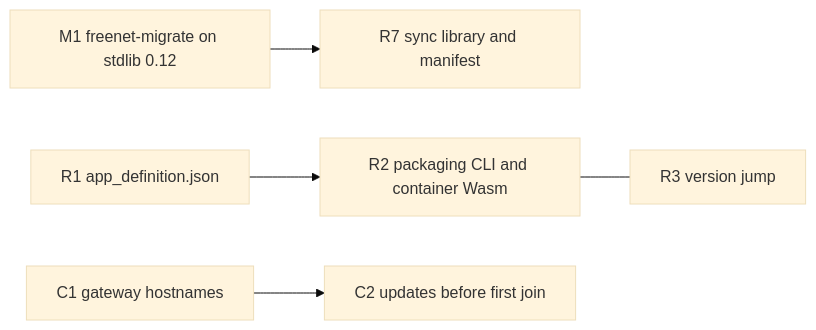
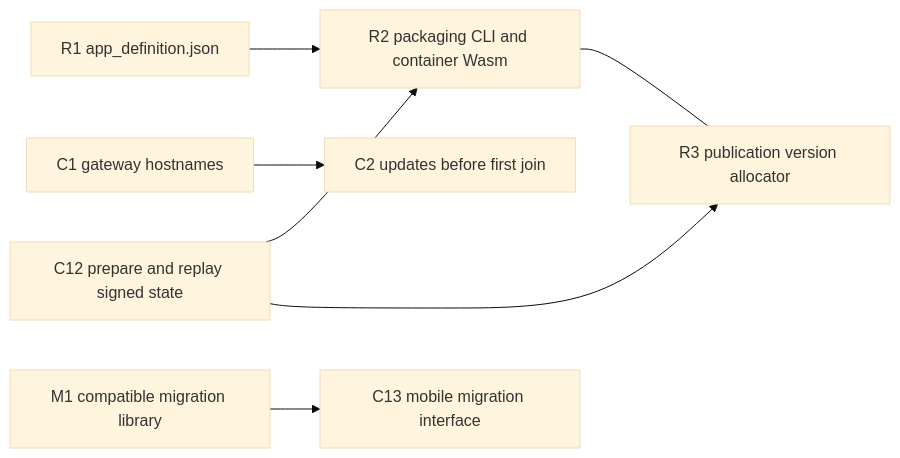
The diagram in UPSTREAM_ISSUES.md (EVY-Platform/evy-freenet-plans), drawn with Mermaid (base theme) before and after one commit. The commit also changed other lines of this file and 49 other files, not shown here.

````diff
--- a/UPSTREAM_ISSUES.md
+++ b/UPSTREAM_ISSUES.md
@@ -50,7 +70,9 @@
 ```mermaid
 flowchart LR
-    M1[M1 freenet-migrate on stdlib 0.12] --> R7[R7 sync library and manifest]
-    R2[R2 packaging CLI and container Wasm] --- R3[R3 version jump]
+    R2[R2 packaging CLI and container Wasm] --- R3[R3 publication version allocator]
     R1[R1 app_definition.json] --> R2
+    C12[C12 prepare and replay signed state] --> R2
+    C12 --> R3
     C1[C1 gateway hostnames] --> C2[C2 updates before first join]
+    M1[M1 compatible migration library] --> C13[C13 mobile migration interface]
 ```
````
